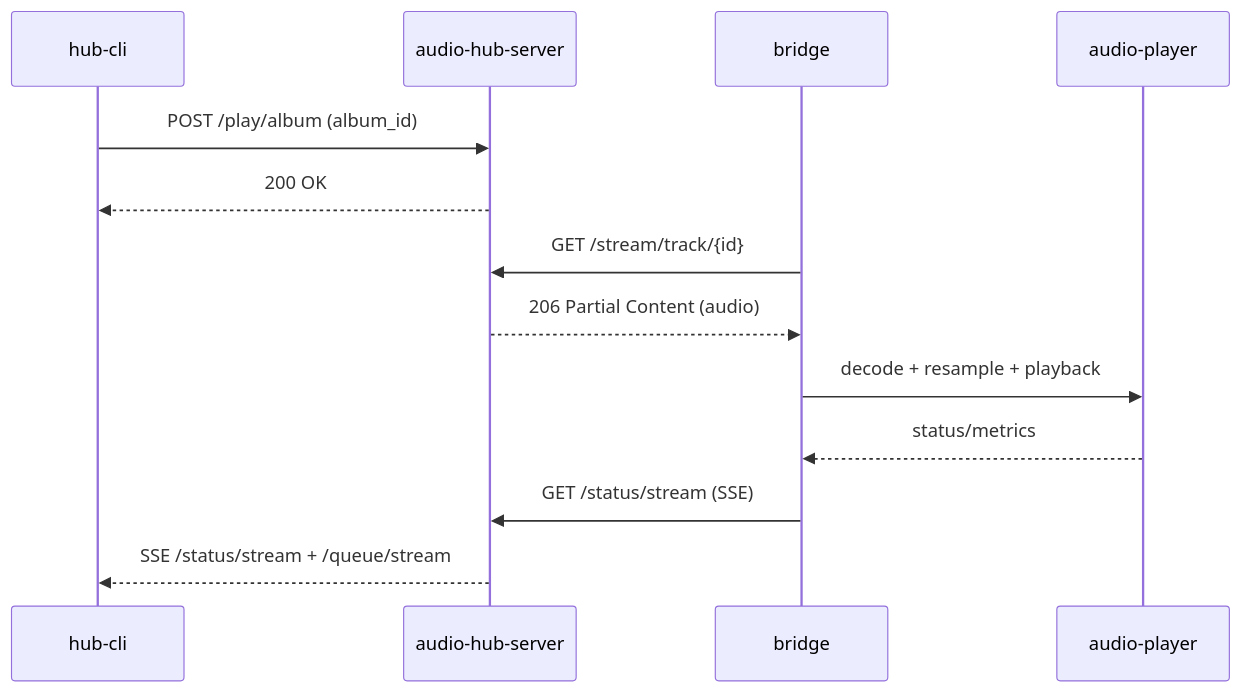
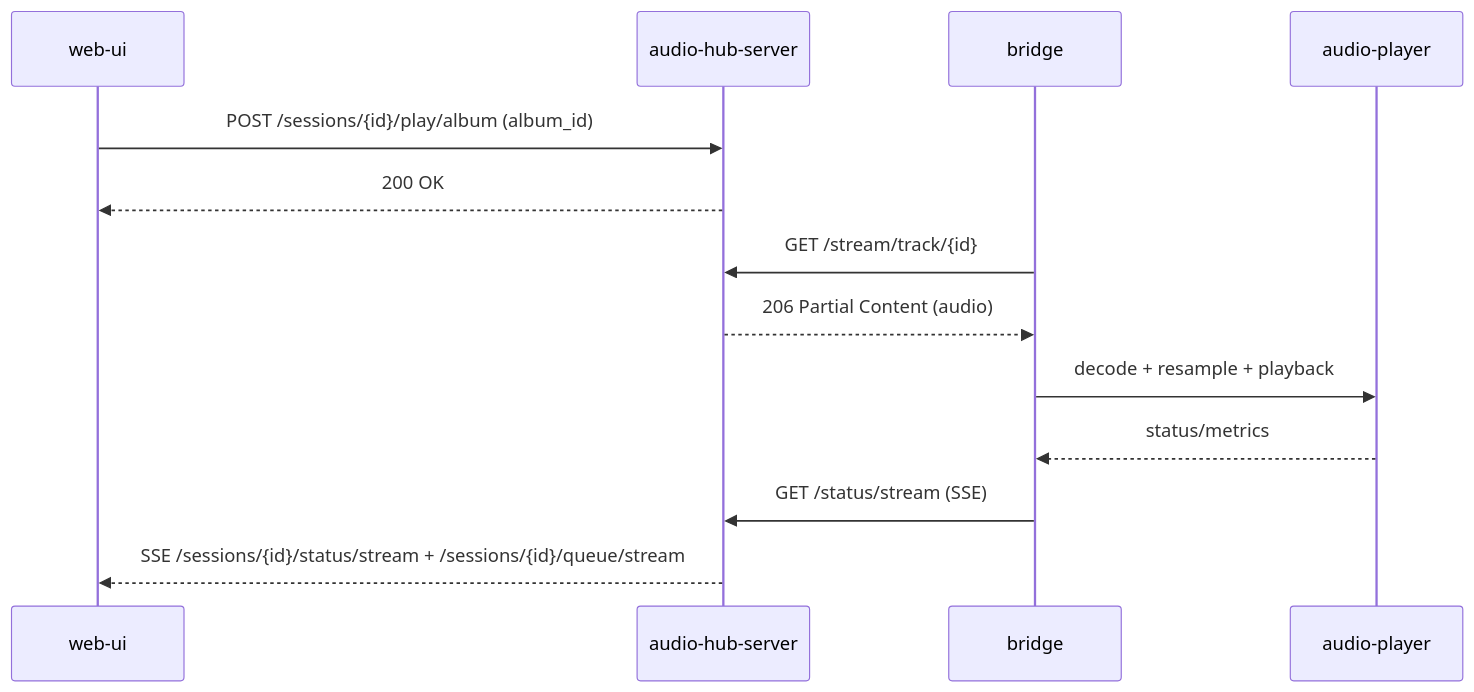
Before and after one commit to dariusbakunas/audio-bridge: the first of 4 diagrams in README.md, drawn with Mermaid. The commit also changed other lines of this file and 15 other files, not shown here.

Commit message:
remove hub-cli

````diff
--- a/README.md
+++ b/README.md
@@ -31,16 +29,16 @@
 ```mermaid
 sequenceDiagram
-    participant CLI as hub-cli
+    participant UI as web-ui
     participant HUB as audio-hub-server
     participant BR as bridge
     participant AP as audio-player
 
-    CLI->>HUB: POST /play/album (album_id)
-    HUB-->>CLI: 200 OK
+    UI->>HUB: POST /sessions/{id}/play/album (album_id)
+    HUB-->>UI: 200 OK
     BR->>HUB: GET /stream/track/{id}
     HUB-->>BR: 206 Partial Content (audio)
     BR->>AP: decode + resample + playback
     AP-->>BR: status/metrics
     BR->>HUB: GET /status/stream (SSE)
-    HUB-->>CLI: SSE /status/stream + /queue/stream
+    HUB-->>UI: SSE /sessions/{id}/status/stream + /sessions/{id}/queue/stream
 ```
````
